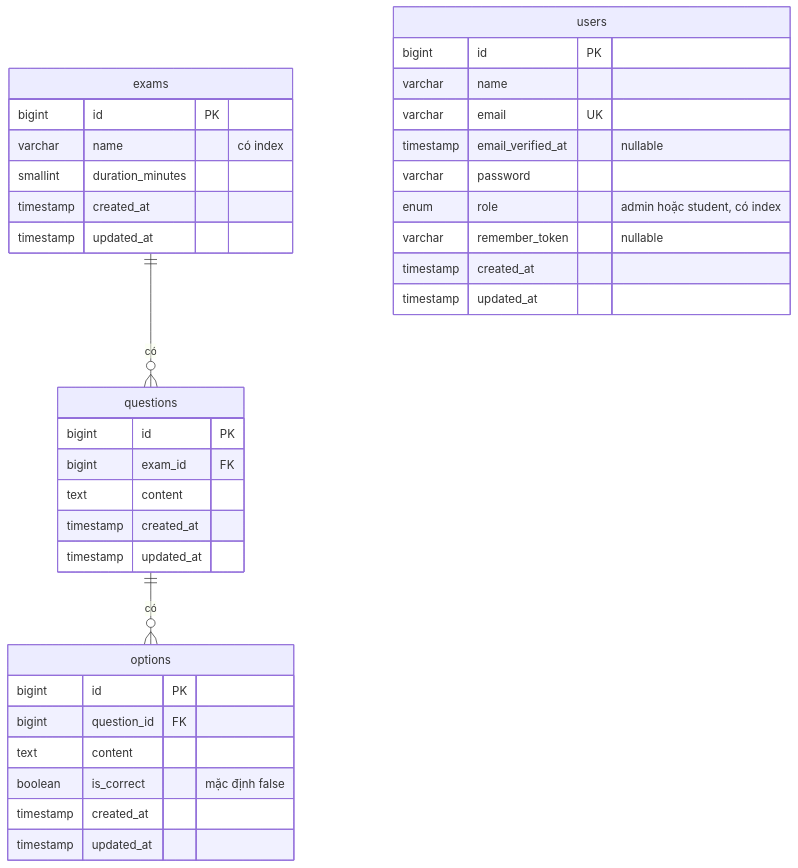
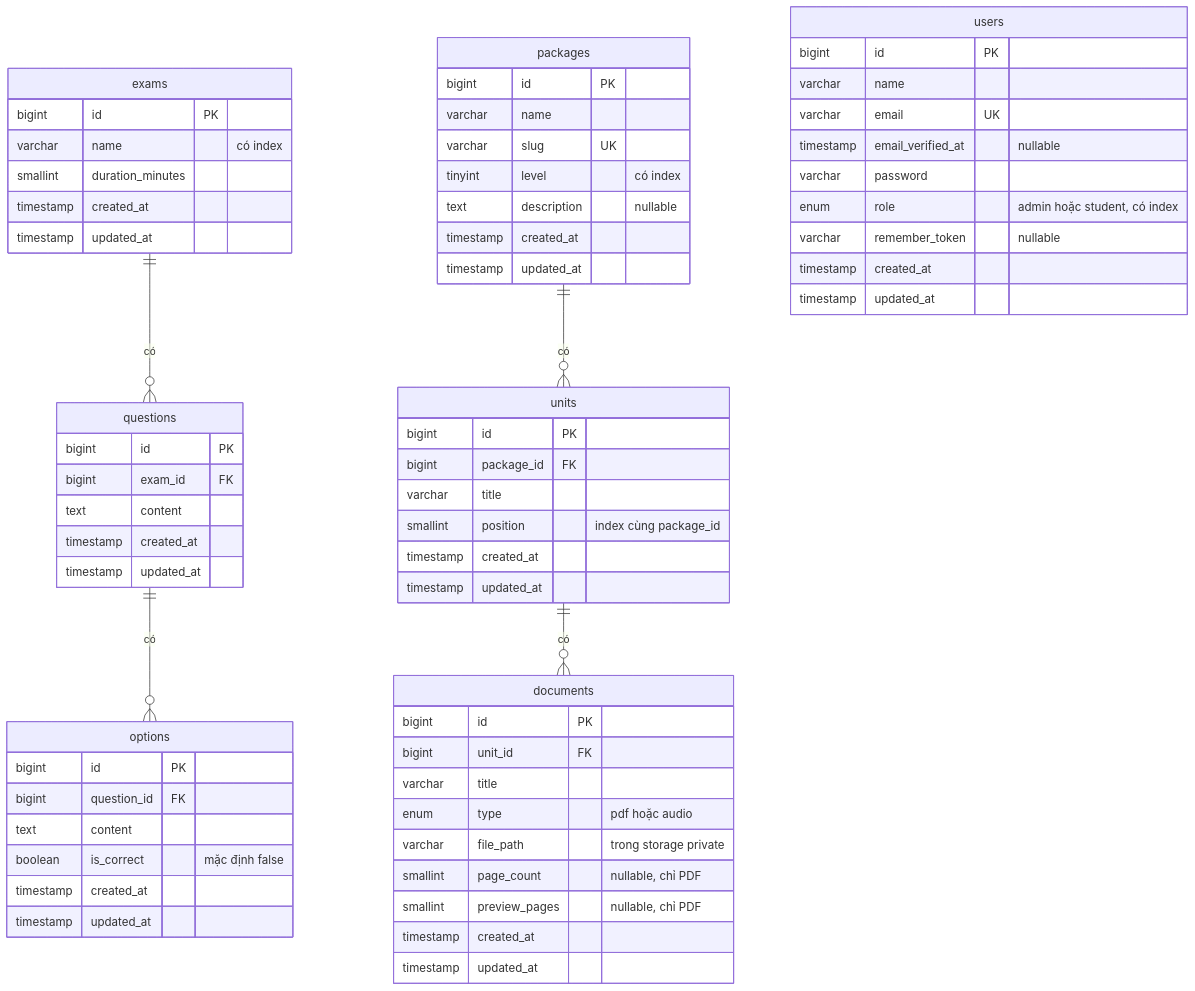
The diagram in README.md (TQanh23/test_intern), drawn with Mermaid before and after one commit. The commit also changed other lines of this file and 31 other files, not shown here.

Commit message:
feat: add IELTS packages with signed preview API and preview stats

````diff
--- a/README.md
+++ b/README.md
@@ -79,42 +83,75 @@
 ```mermaid
 erDiagram
     exams ||--o{ questions : "có"
     questions ||--o{ options : "có"
+    packages ||--o{ units : "có"
+    units ||--o{ documents : "có"
 
     users {
         bigint id PK
         varchar name
         varchar email UK
         timestamp email_verified_at "nullable"
         varchar password
         enum role "admin hoặc student, có index"
         varchar remember_token "nullable"
         timestamp created_at
         timestamp updated_at
     }
 
     exams {
         bigint id PK
         varchar name "có index"
         smallint duration_minutes
         timestamp created_at
         timestamp updated_at
     }
 
     questions {
         bigint id PK
         bigint exam_id FK
         text content
         timestamp created_at
         timestamp updated_at
     }
 
     options {
         bigint id PK
         bigint question_id FK
         text content
         boolean is_correct "mặc định false"
         timestamp created_at
         timestamp updated_at
     }
+
+    packages {
+        bigint id PK
+        varchar name
+        varchar slug UK
+        tinyint level "có index"
+        text description "nullable"
+        timestamp created_at
+        timestamp updated_at
+    }
+
+    units {
+        bigint id PK
+        bigint package_id FK
+        varchar title
+        smallint position "index cùng package_id"
+        timestamp created_at
+        timestamp updated_at
+    }
+
+    documents {
+        bigint id PK
+        bigint unit_id FK
+        varchar title
+        enum type "pdf hoặc audio"
+        varchar file_path "trong storage private"
+        smallint page_count "nullable, chỉ PDF"
+        smallint preview_pages "nullable, chỉ PDF"
+        timestamp created_at
+        timestamp updated_at
+    }
 ```
````
